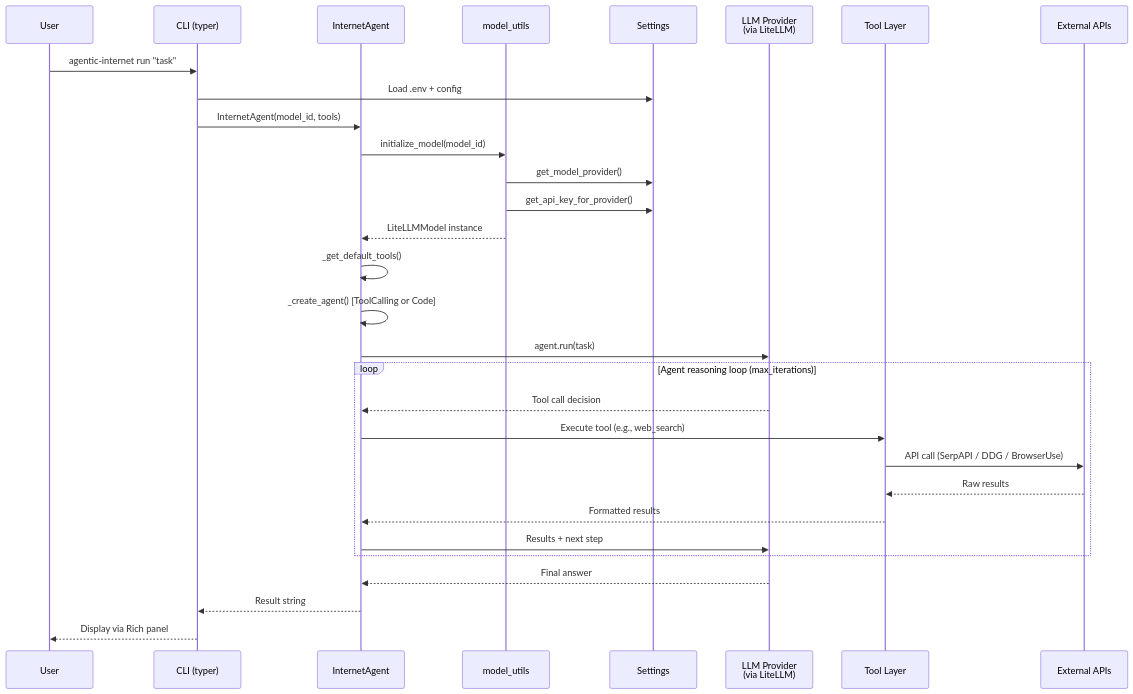
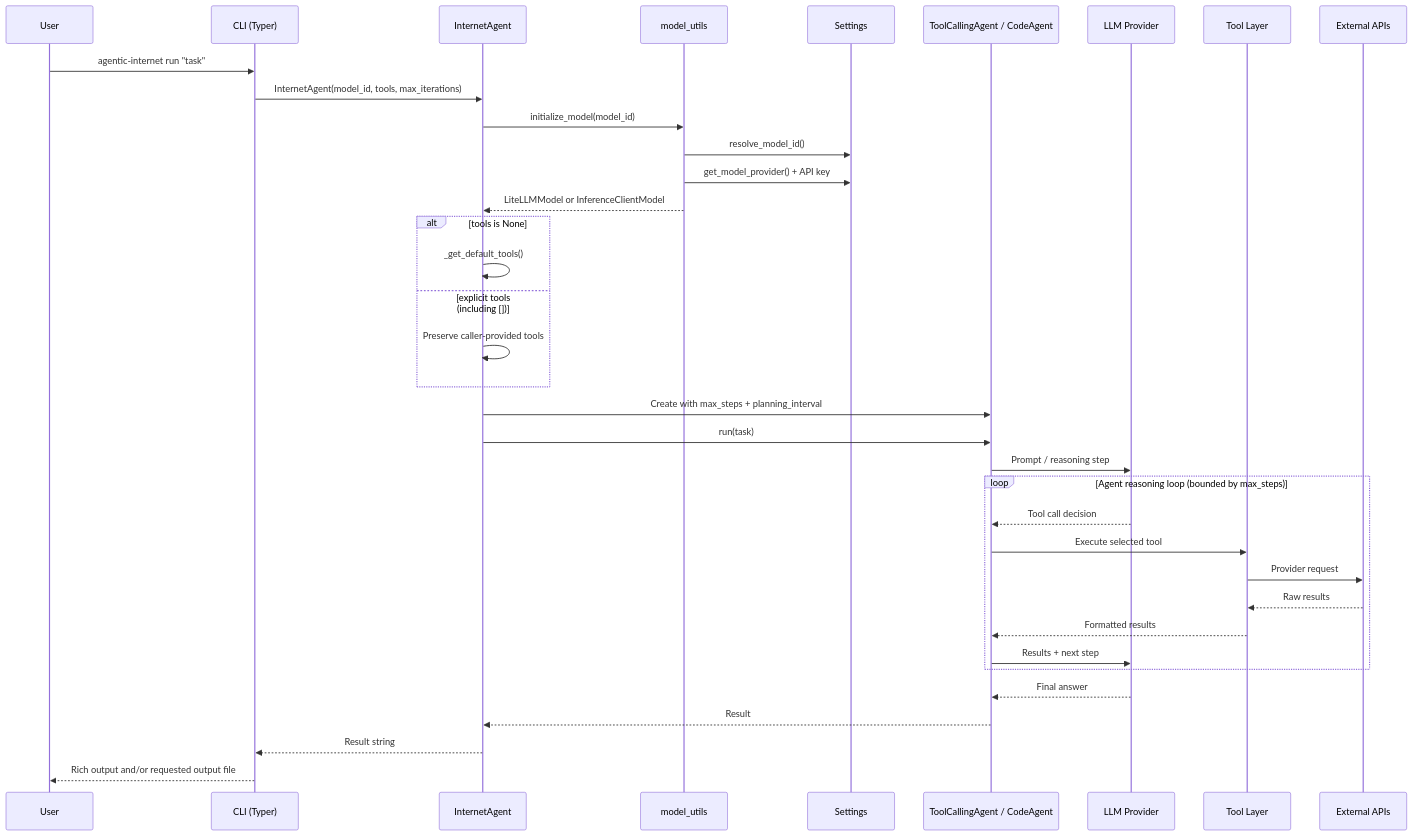
One commit to AgenticInternet/agentic-internet changed the fifth of 10 diagrams in specs/CODEBASE_DIAGRAM.md. Above: the diagram before and after it, drawn with Mermaid. The commit also changed other lines of this file, not shown here.

Commit message:
docs: update codebase architecture diagrams

````diff
--- a/specs/CODEBASE_DIAGRAM.md
+++ b/specs/CODEBASE_DIAGRAM.md
@@ -380,35 +331,41 @@
 ```mermaid
 sequenceDiagram
     participant User
-    participant CLI as CLI (typer)
+    participant CLI as CLI (Typer)
     participant Agent as InternetAgent
     participant ModelUtils as model_utils
     participant Settings as Settings
-    participant LLM as LLM Provider<br/>(via LiteLLM)
+    participant Runtime as ToolCallingAgent / CodeAgent
+    participant LLM as LLM Provider
     participant Tools as Tool Layer
     participant External as External APIs
 
     User->>CLI: agentic-internet run "task"
-    CLI->>Settings: Load .env + config
-    CLI->>Agent: InternetAgent(model_id, tools)
+    CLI->>Agent: InternetAgent(model_id, tools, max_iterations)
     Agent->>ModelUtils: initialize_model(model_id)
-    ModelUtils->>Settings: get_model_provider()
-    ModelUtils->>Settings: get_api_key_for_provider()
-    ModelUtils-->>Agent: LiteLLMModel instance
+    ModelUtils->>Settings: resolve_model_id()
+    ModelUtils->>Settings: get_model_provider() + API key
+    ModelUtils-->>Agent: LiteLLMModel or InferenceClientModel
 
-    Agent->>Agent: _get_default_tools()
-    Agent->>Agent: _create_agent() [ToolCalling or Code]
+    alt tools is None
+        Agent->>Agent: _get_default_tools()
+    else explicit tools (including [])
+        Agent->>Agent: Preserve caller-provided tools
+    end
+    Agent->>Runtime: Create with max_steps + planning_interval
 
-    Agent->>LLM: agent.run(task)
-    loop Agent reasoning loop (max_iterations)
-        LLM-->>Agent: Tool call decision
-        Agent->>Tools: Execute tool (e.g., web_search)
-        Tools->>External: API call (SerpAPI / DDG / BrowserUse)
+    Agent->>Runtime: run(task)
+    Runtime->>LLM: Prompt / reasoning step
+    loop Agent reasoning loop (bounded by max_steps)
+        LLM-->>Runtime: Tool call decision
+        Runtime->>Tools: Execute selected tool
+        Tools->>External: Provider request
         External-->>Tools: Raw results
-        Tools-->>Agent: Formatted results
-        Agent->>LLM: Results + next step
+        Tools-->>Runtime: Formatted results
+        Runtime->>LLM: Results + next step
     end
-    LLM-->>Agent: Final answer
+    LLM-->>Runtime: Final answer
+    Runtime-->>Agent: Result
     Agent-->>CLI: Result string
-    CLI-->>User: Display via Rich panel
+    CLI-->>User: Rich output and/or requested output file
 ```
````
